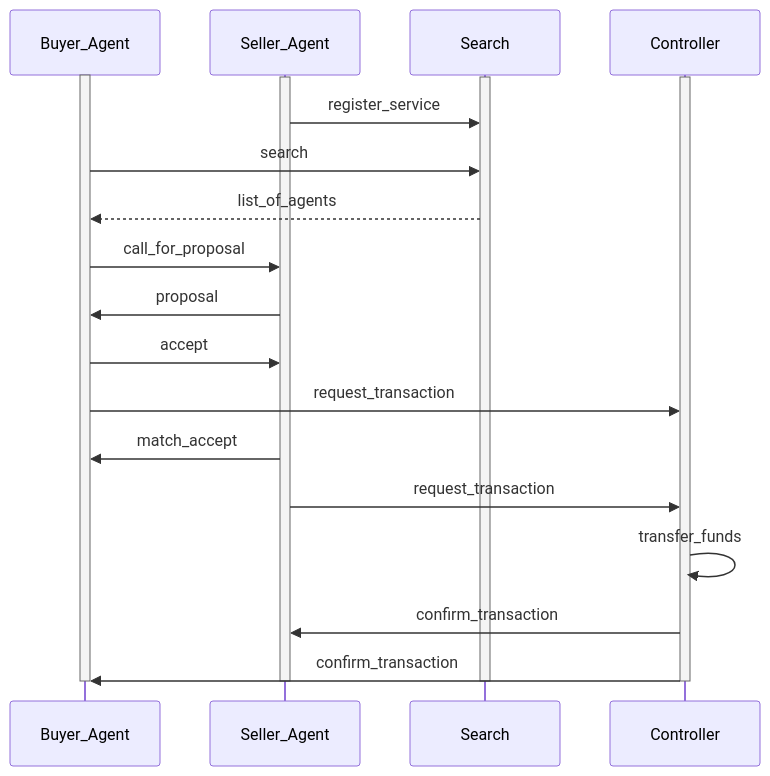
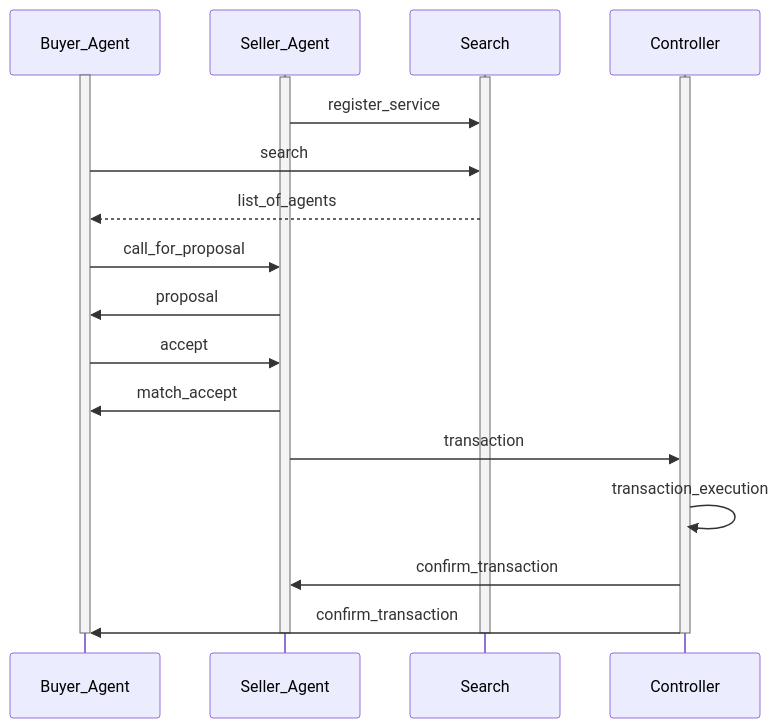
The second of 2 diagrams in docs/tac-skills.md (legendarydeveloper919/agents-aea), drawn with Mermaid before and after one commit. The commit also changed 14 other files, not shown here.

```diff
--- a/docs/tac-skills.md
+++ b/docs/tac-skills.md
@@ -109,31 +109,30 @@
 <div class="mermaid">
     sequenceDiagram
         participant Buyer_Agent
         participant Seller_Agent
         participant Search
         participant Controller
     
         activate Buyer_Agent
         activate Seller_Agent
         activate Search
         activate Controller
         
         Seller_Agent->>Search: register_service
         Buyer_Agent->>Search: search
         Search-->>Buyer_Agent: list_of_agents
         Buyer_Agent->>Seller_Agent: call_for_proposal
         Seller_Agent->>Buyer_Agent: proposal
         Buyer_Agent->>Seller_Agent: accept
-        Buyer_Agent->>Controller: request_transaction
         Seller_Agent->>Buyer_Agent: match_accept
-        Seller_Agent->>Controller: request_transaction
-        Controller->>Controller: transfer_funds
+        Seller_Agent->>Controller: transaction
+        Controller->>Controller: transaction_execution
         Controller->>Seller_Agent: confirm_transaction
         Controller->>Buyer_Agent: confirm_transaction
         
         deactivate Buyer_Agent
         deactivate Seller_Agent
         deactivate Search
         deactivate Controller
 
 </div>
```
